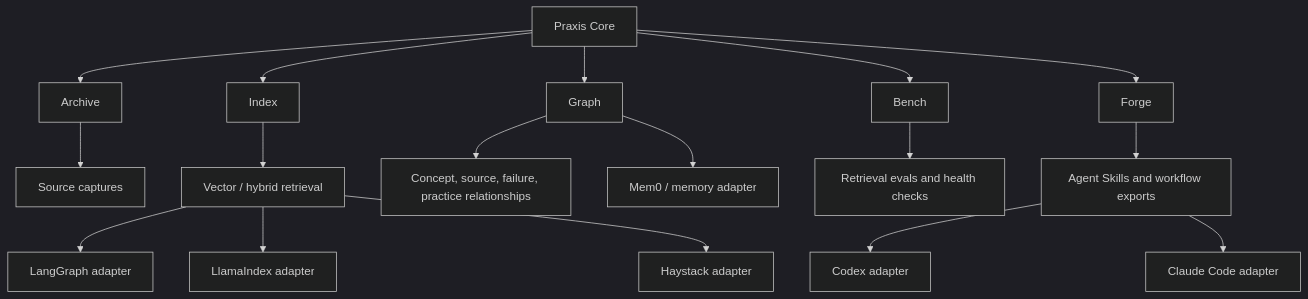
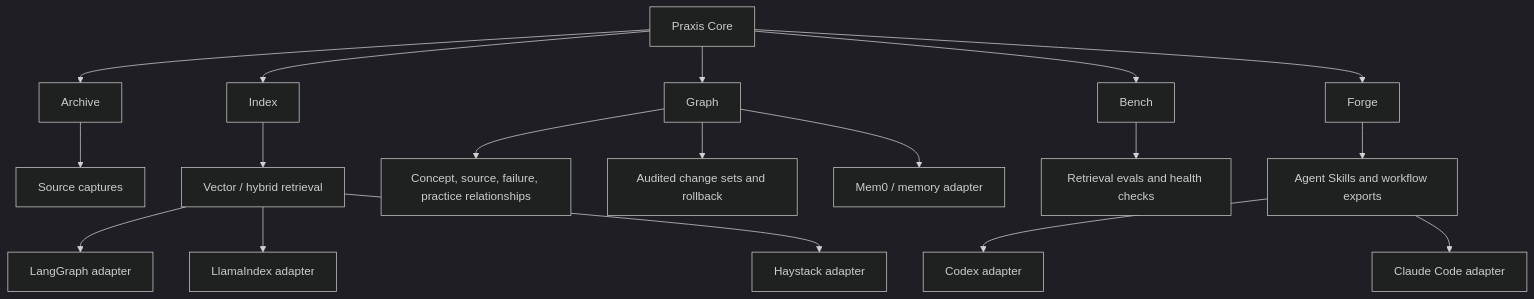
The first of 2 diagrams in docs/architecture.md (sparkplug604/praxis), drawn with Mermaid (dark theme) before and after one commit. The commit also changed other lines of this file and 25 other files, not shown here.

Commit message:
Add audited auto-ingest graph updates

````diff
--- a/docs/architecture.md
+++ b/docs/architecture.md
@@ -5,21 +5,22 @@
 ```mermaid
 flowchart TD
     A["Praxis Core"] --> B["Archive"]
     A --> C["Index"]
     A --> D["Graph"]
     A --> E["Bench"]
     A --> F["Forge"]
 
     B --> G["Source captures"]
     C --> H["Vector / hybrid retrieval"]
     D --> I["Concept, source, failure, practice relationships"]
+    D --> R["Audited change sets and rollback"]
     E --> J["Retrieval evals and health checks"]
     F --> K["Agent Skills and workflow exports"]
 
     K --> L["Codex adapter"]
     K --> M["Claude Code adapter"]
     H --> N["LangGraph adapter"]
     H --> O["LlamaIndex adapter"]
     H --> P["Haystack adapter"]
     D --> Q["Mem0 / memory adapter"]
 ```
````
